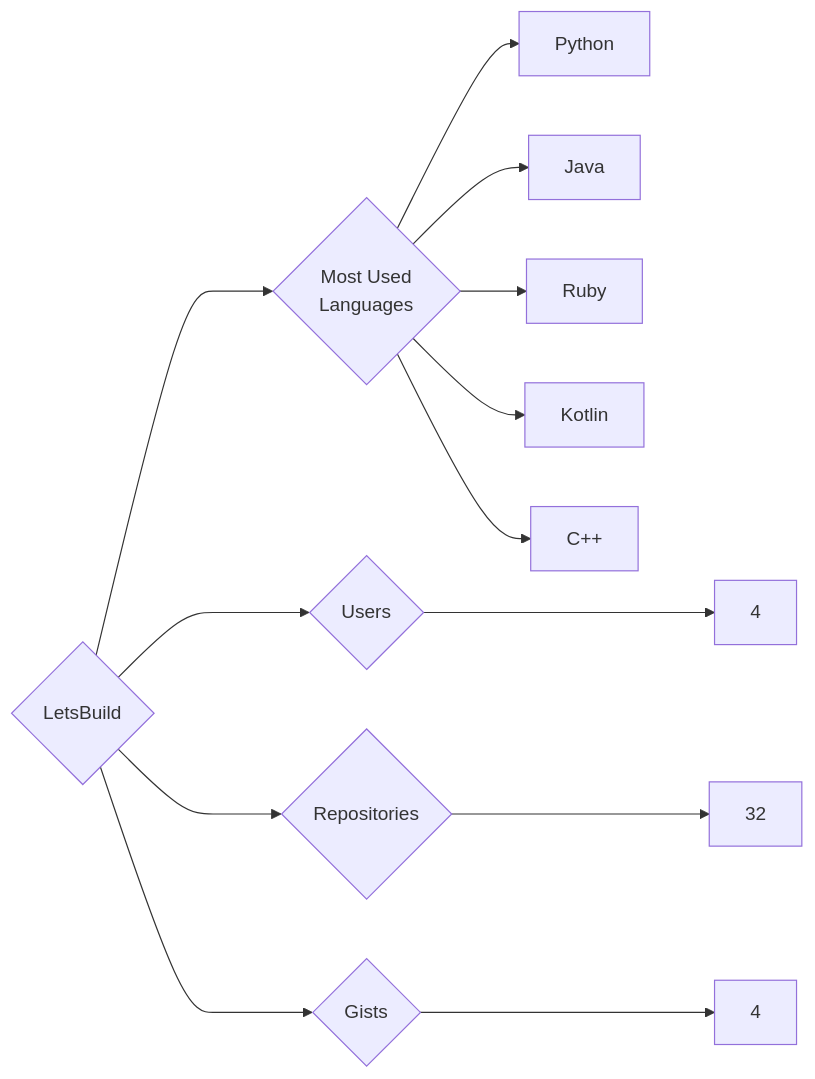
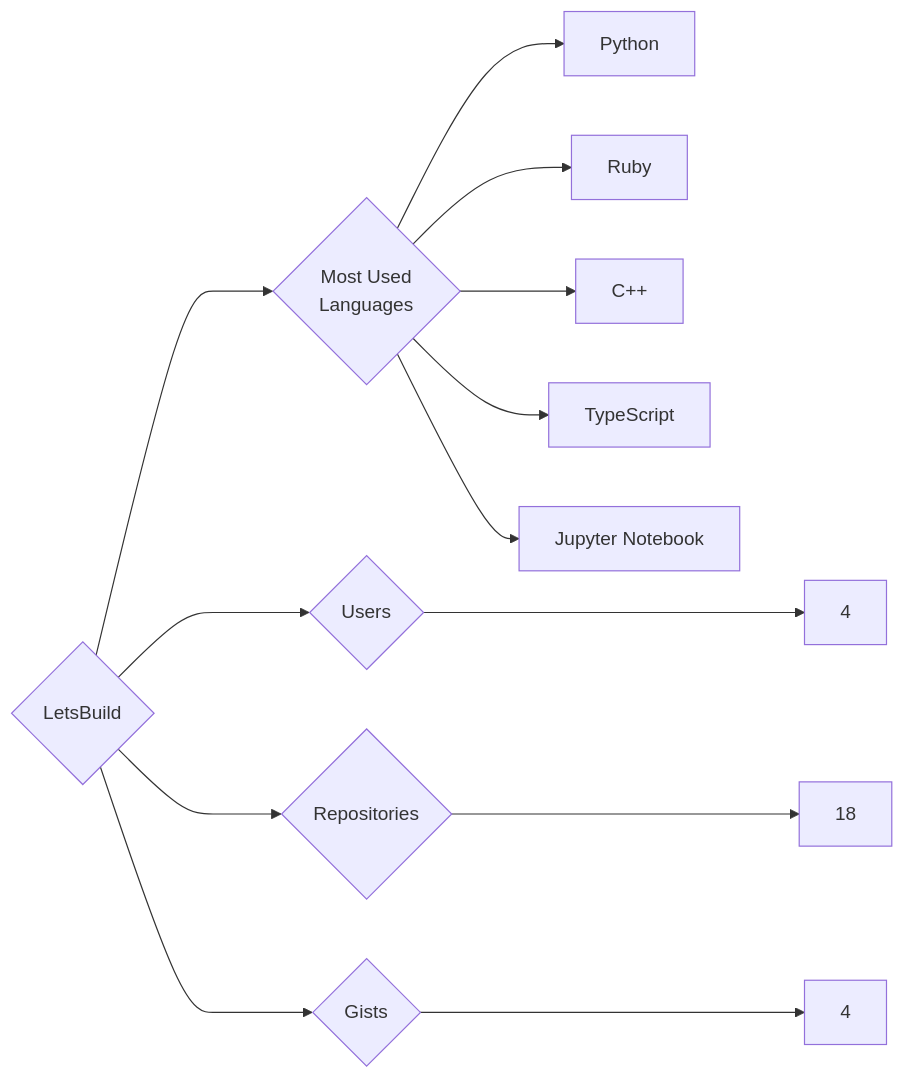
The diagram in targets/LetsBuild/README.md (trickest/insiders), drawn with Mermaid before and after one commit. The commit also changed 797 other files, not shown here.

````diff
--- a/targets/LetsBuild/README.md
+++ b/targets/LetsBuild/README.md
@@ -3,13 +3,13 @@
 ```mermaid
 graph LR
 COMPANY_NAME{LetsBuild}
 COMPANY_NAME ---> U{Users} ---> UN[4]
-COMPANY_NAME ---> R{Repositories} ---> RN[32]
+COMPANY_NAME ---> R{Repositories} ---> RN[18]
 COMPANY_NAME ---> G{Gists} ---> GN[4]
 COMPANY_NAME ---> ML{Most Used<br>Languages}
 ML --> Python[Python]
-ML --> Java[Java]
 ML --> Ruby[Ruby]
-ML --> Kotlin[Kotlin]
 ML --> C++[C++]
+ML --> TypeScript[TypeScript]
+ML --> Jupyter_Notebook[Jupyter Notebook]
 ```
````
